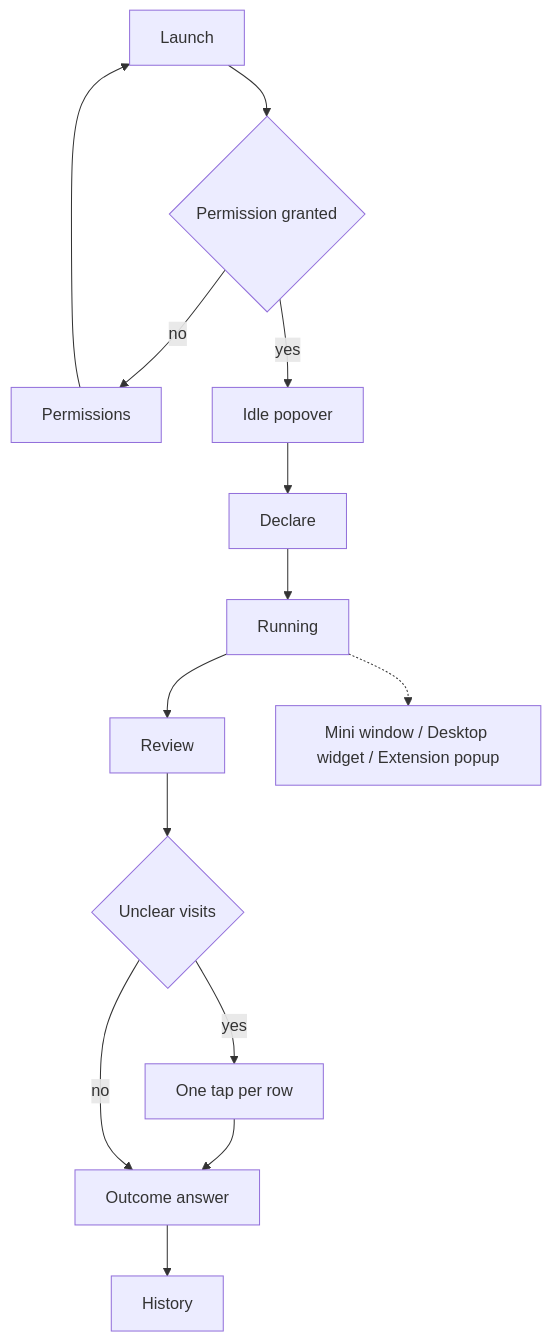
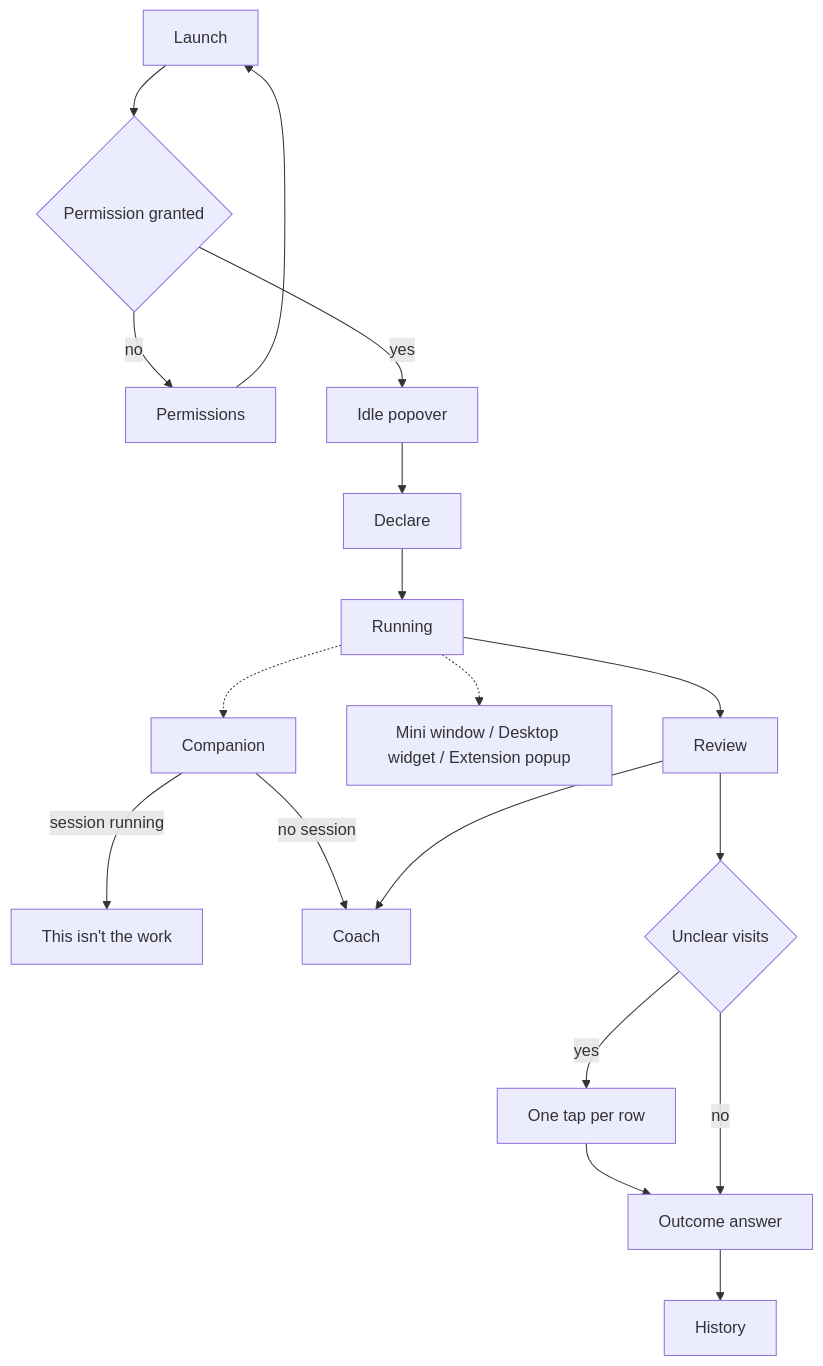
One commit to Alexandre-Nevero/focuslocal changed the diagram in docs/prd.md. Above: the diagram before and after it, drawn with Mermaid. The commit also changed other lines of this file and 7 other files, not shown here.

First line of the commit message:
Record the coach, the companion, and a System One judge.

````diff
--- a/docs/prd.md
+++ b/docs/prd.md
@@ -179,16 +199,20 @@
 ```mermaid
 flowchart TD
   Launch[Launch] --> Perm{Permission granted}
   Perm -->|no| PermHelp[Permissions]
   PermHelp --> Launch
   Perm -->|yes| Idle[Idle popover]
   Idle --> Declare[Declare]
   Declare --> Running[Running]
   Running --> Review[Review]
   Running -.-> Mini[Mini window / Desktop widget / Extension popup]
+  Running -.-> Pet[Companion]
+  Pet -->|session running| NotWork["This isn't the work"]
+  Pet -->|no session| Coach[Coach]
+  Review --> Coach
   Review --> Unclear{Unclear visits}
   Unclear -->|yes| Tap[One tap per row]
   Tap --> Answer[Outcome answer]
   Unclear -->|no| Answer
   Answer --> History[History]
 ```
````
